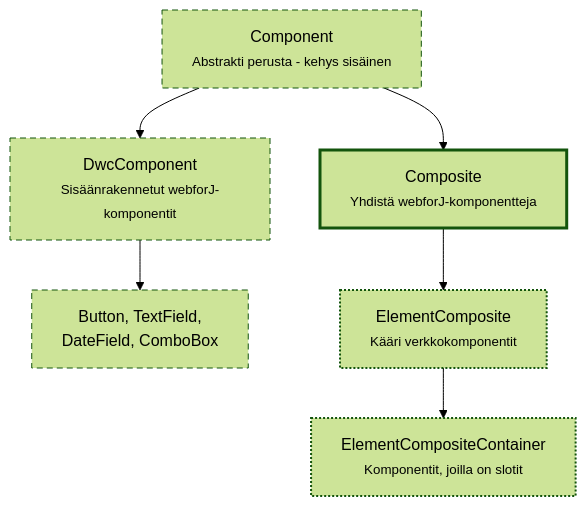
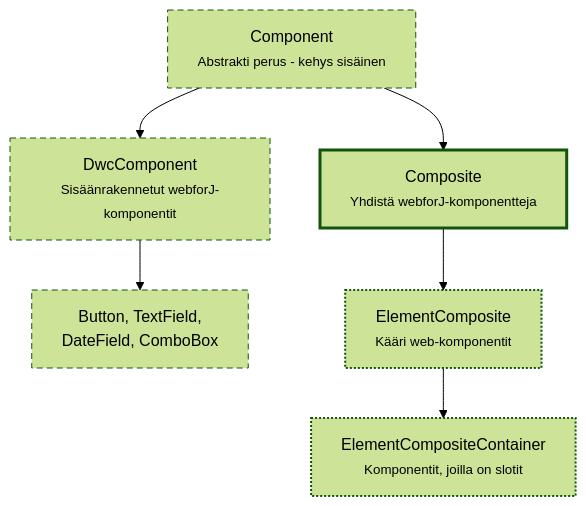
Before and after one commit to webforj/webforj-documentation: the diagram in docs/i18n/fi/docusaurus-plugin-content-docs/current/building-ui/component-fundamentals.md, drawn with Mermaid (forest theme). The commit also changed other lines of this file and 1016 other files, not shown here.

````diff
--- a/docs/i18n/fi/docusaurus-plugin-content-docs/current/building-ui/component-fundamentals.md
+++ b/docs/i18n/fi/docusaurus-plugin-content-docs/current/building-ui/component-fundamentals.md
@@ -52,19 +55,19 @@
 ```mermaid
 graph TD
-  A[Component<br/><small>Abstrakti perusta - kehys sisäinen</small>]
-  
+  A[Component<br/><small>Abstrakti perus - kehys sisäinen</small>]
+
   A --> B[DwcComponent<br/><small>Sisäänrakennetut webforJ-komponentit</small>]
   A --> C[Composite<br/><small>Yhdistä webforJ-komponentteja</small>]
-  
+
   B --> E[Button, TextField,<br/>DateField, ComboBox]
-  
-  C --> D[ElementComposite<br/><small>Kääri verkkokomponentit</small>]
+
+  C --> D[ElementComposite<br/><small>Kääri web-komponentit</small>]
   D --> F[ElementCompositeContainer<br/><small>Komponentit, joilla on slotit</small>]
 
   classDef internal stroke-dasharray:6 4,stroke-width:1px
   classDef primary stroke-width:3px
   classDef secondary stroke-width:2px,stroke-dasharray:2 2
   class A,B,E internal
   class C primary
   class D,F secondary
 ```
````
